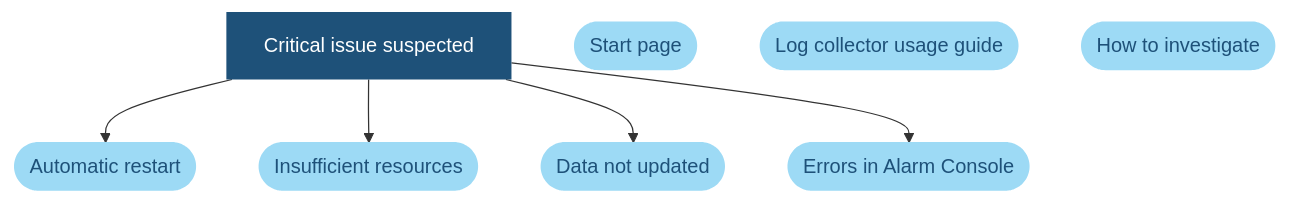
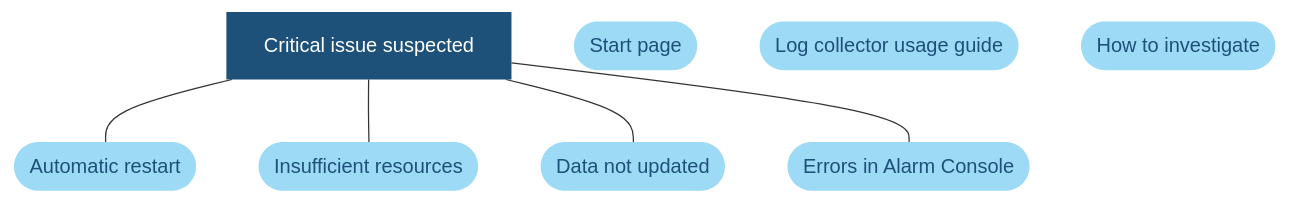
One commit to SkylineCommunications/dataminer-docs changed the first of 2 diagrams in user-guide/Troubleshooting/Troubleshooting_Flowcharts/Troubleshooting_Critical_Issues/Troubleshooting_Critical_Issues_Automatic_Restart.md. Above: the diagram before and after it, drawn with Mermaid. The commit also changed other lines of this file and 17 other files, not shown here.

```diff
--- a/user-guide/Troubleshooting/Troubleshooting_Flowcharts/Troubleshooting_Critical_Issues/Troubleshooting_Critical_Issues_Automatic_Restart.md
+++ b/user-guide/Troubleshooting/Troubleshooting_Flowcharts/Troubleshooting_Critical_Issues/Troubleshooting_Critical_Issues_Automatic_Restart.md
@@ -9,40 +9,39 @@
 <div class="mermaid">
 graph TD
-%% Define styles %%
 %% Define styles %%
 classDef LightBlue fill:#9DDAF5,stroke:#000070,stroke-width:0px, color:#1E5179;
 classDef Blue fill:#4BAEEA,stroke:#000070,stroke-width:0px, color:#FFFFFF;
 classDef DarkBlue fill:#1E5179,stroke:#000070,stroke-width:0px, color:#FFFFFF;
 classDef DarkGray fill:#58595B,stroke:#000070,stroke-width:0px, color:#FFFFFF;
 classDef Gray fill:#999999,stroke:#000070,stroke-width:0px, color:#FFFFFF;
 classDef LightGray fill:#DDDDDD,stroke:#000070,stroke-width:0px, color:#1E5179;
 %% Define blocks %%
 Start[Critical issue suspected]
 Home([Start page])
 SLLogCollector([Log collector usage guide])
 Investigation([How to investigate])
 DataNotUpdated([Data not updated])
 ErrorAlarmConsole([Errors in Alarm Console])
 Automaticrestart([Automatic restart])
 MachineoutofResources([Insufficient resources])
 %% Connect blocks %%
-Start --> Automaticrestart
-Start --> MachineoutofResources
-Start --> DataNotUpdated
-Start --> ErrorAlarmConsole
+Start --- Automaticrestart
+Start --- MachineoutofResources
+Start --- DataNotUpdated
+Start --- ErrorAlarmConsole
 %% Define hyperlinks %%
 click Home "https://docs.dataminer.services/user-guide/Troubleshooting/Troubleshooting_Flowcharts/Finding_a_Root_Cause.html"
 click SLLogCollector "https://docs.dataminer.services/user-guide/Reference/DataMiner_Tools/SLLogCollector.html"
 click Investigation "https://docs.dataminer.services/user-guide/Troubleshooting/Troubleshooting_Flowcharts/Troubleshooting_Where_to_Start.html"
 click DataNotUpdated "https://docs.dataminer.services/user-guide/Troubleshooting/Troubleshooting_Flowcharts/Troubleshooting_Critical_Issues/Troubleshooting_Critical_Issues_Data_Not_Updated.html" "Data Not Updated"
 click Automaticrestart "https://docs.dataminer.services/user-guide/Troubleshooting/Troubleshooting_Flowcharts/Troubleshooting_Critical_Issues/Troubleshooting_Critical_Issues_Automatic_Restart.html#automatic-restart" "Automatic Restart"
 click ErrorAlarmConsole "https://docs.dataminer.services/user-guide/Troubleshooting/Troubleshooting_Flowcharts/Troubleshooting_Critical_Issues/Troubleshooting_Critical_Issues_Alarm_Console.html#errors-in-alarm-console" "Errors In Alarm Console"
 click Start "https://docs.dataminer.services/user-guide/Troubleshooting/Troubleshooting_Flowcharts/Troubleshooting_Critical_Issues/Troubleshooting_Critical_Issues_Overview.html" "Critical issue suspected"
 click MachineoutofResources "https://docs.dataminer.services/user-guide/Troubleshooting/Troubleshooting_Flowcharts/Troubleshooting_Critical_Issues/Troubleshooting_Critical_Issues_Resources.html" "Machine Out Of Resources"
 %% Apply styles to blocks %%
 class Start DarkBlue;
 class Automaticrestart,DataNotUpdated,ErrorAlarmConsole,Automaticrestart,MachineoutofResources, LightBlue;
 class UserActions,OSissues,ProcessCrash,ProcessDisappearance LightGray
 class CrashdumpDetected,MinidumpDetected,CheckWatchdog Blue;
 class Home,SLLogCollector,Investigation LightBlue;
 </div>
```
